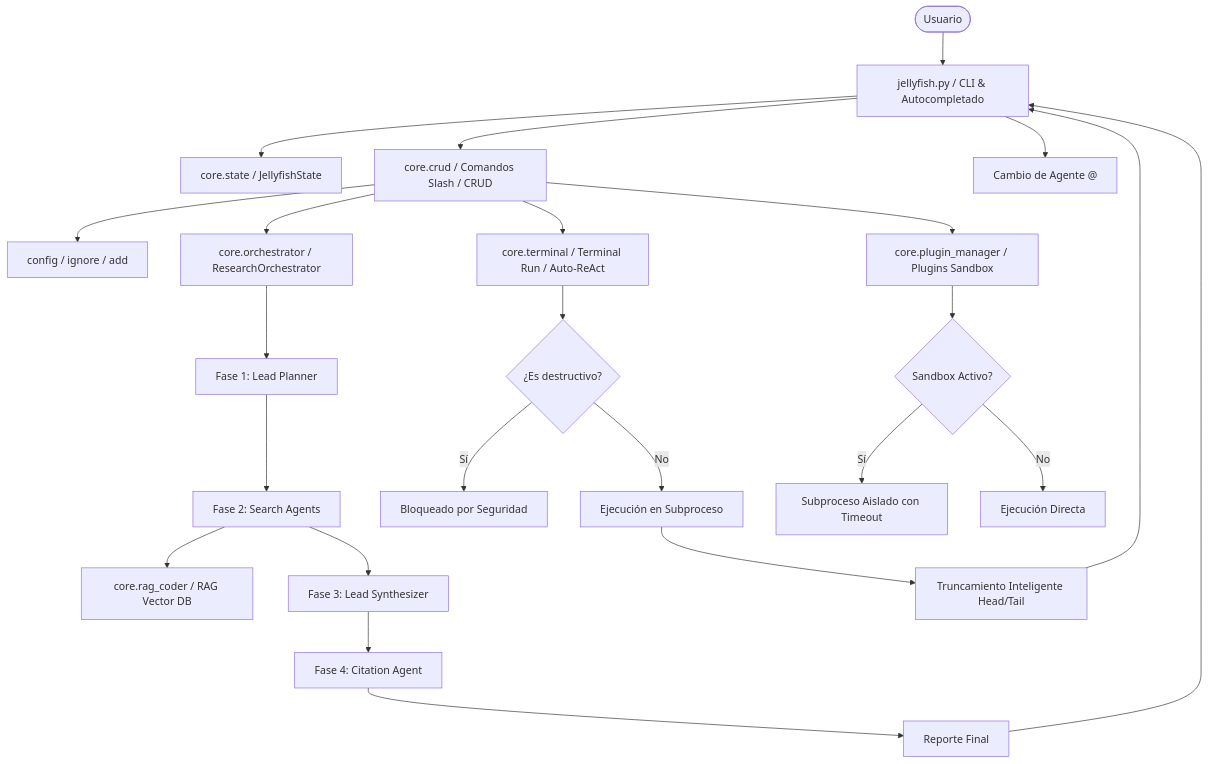
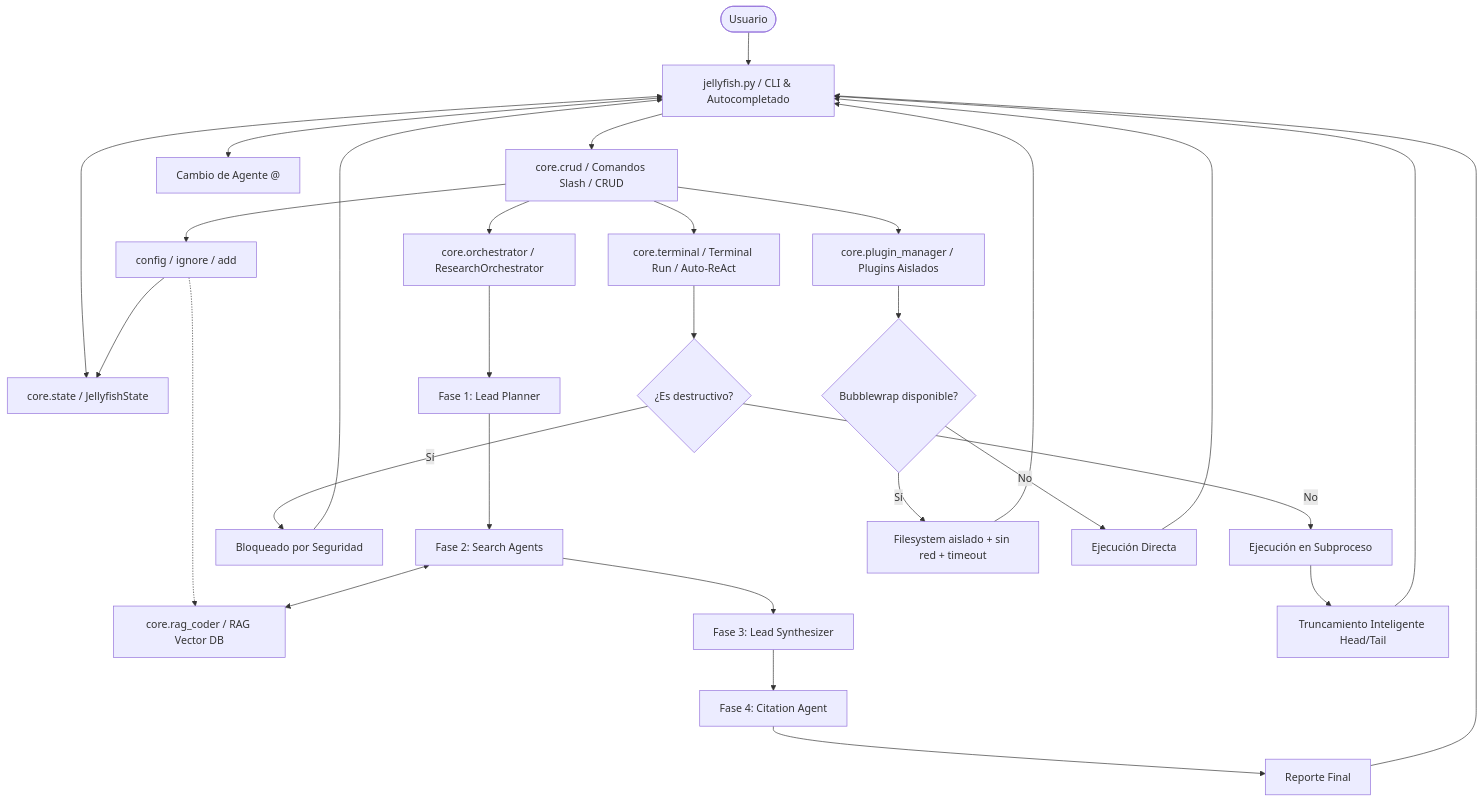
One commit to gerardocastillo2196-cyber/Jellyfish changed the diagram in README.md. Above: the diagram before and after it, drawn with Mermaid. The commit also changed other lines of this file and 50 other files, not shown here.

````diff
--- a/README.md
+++ b/README.md
@@ -13,30 +13,36 @@
 ```mermaid
 graph TD
     User([Usuario]) --> CLI[jellyfish.py / CLI & Autocompletado]
-    CLI --> State[core.state / JellyfishState]
+    CLI <--> State[core.state / JellyfishState]
     CLI --> Commands[core.crud / Comandos Slash / CRUD]
-    CLI --> AgentChange[Cambio de Agente @]
-    
+    CLI <--> AgentChange[Cambio de Agente @]
+
     Commands --> Config[config / ignore / add]
+    Config --> State
+    Config -.-> RAG[core.rag_coder / RAG Vector DB]
+
     Commands --> Research[core.orchestrator / ResearchOrchestrator]
     Commands --> Run[core.terminal / Terminal Run / Auto-ReAct]
-    Commands --> Plugin[core.plugin_manager / Plugins Sandbox]
-    
+    Commands --> Plugin[core.plugin_manager / Plugins Aislados]
+
     Research --> Planner[Fase 1: Lead Planner]
     Planner --> Search[Fase 2: Search Agents]
-    Search --> RAG[core.rag_coder / RAG Vector DB]
+    Search <--> RAG
     Search --> Synthesizer[Fase 3: Lead Synthesizer]
     Synthesizer --> Citation[Fase 4: Citation Agent]
     Citation --> FinalReport[Reporte Final]
     FinalReport --> CLI
-    
+
     Run --> Blacklist{¿Es destructivo?}
     Blacklist -- Sí --> Blocked[Bloqueado por Seguridad]
+    Blocked --> CLI
     Blacklist -- No --> Execution[Ejecución en Subproceso]
     Execution --> Truncate[Truncamiento Inteligente Head/Tail]
     Truncate --> CLI
-    
-    Plugin --> Sandbox{Sandbox Activo?}
-    Sandbox -- Sí --> Isolated[Subproceso Aislado con Timeout]
+
+    Plugin --> Sandbox{Bubblewrap disponible?}
+    Sandbox -- Sí --> Isolated[Filesystem aislado + sin red + timeout]
     Sandbox -- No --> InProcess[Ejecución Directa]
+    Isolated --> CLI
+    InProcess --> CLI
 ```
````
